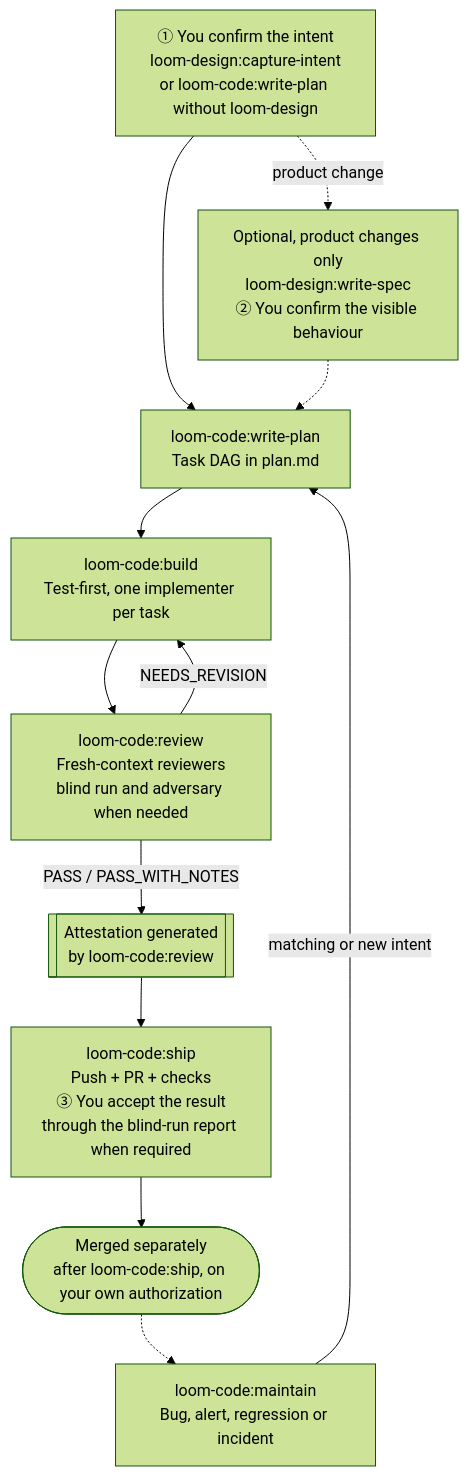
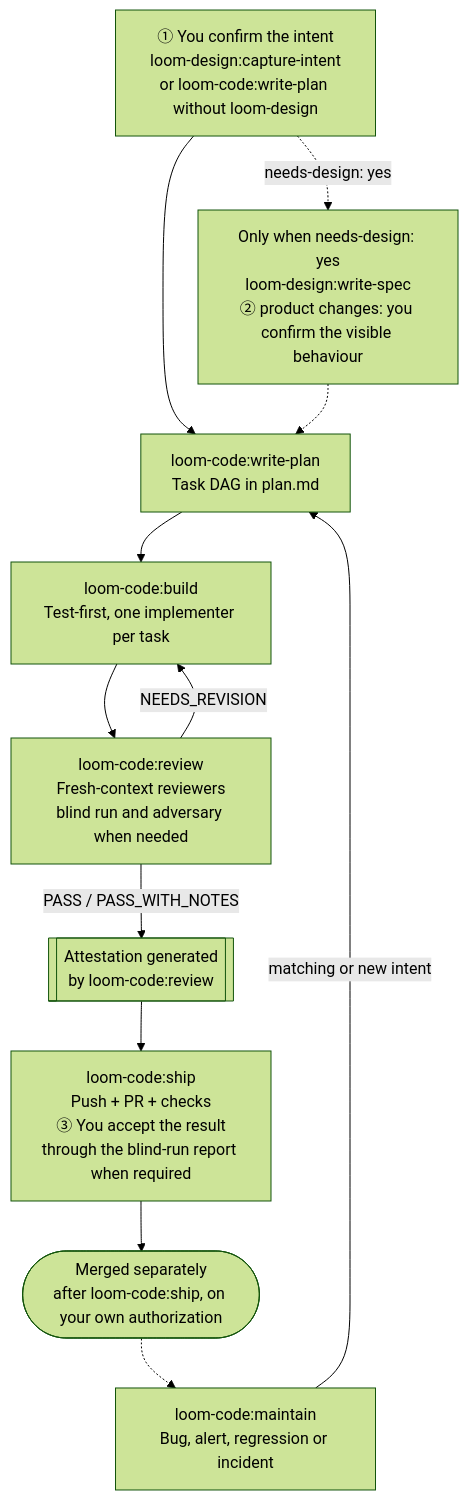
The diagram in loom-code/README.md (kouko/loom-plugins), drawn with Mermaid (forest theme) before and after one commit. The commit also changed other lines of this file and 8 other files, not shown here.

First line of the commit message:
docs(loom): fix spec gating and review nits in plugin READMEs

````diff
--- a/loom-code/README.md
+++ b/loom-code/README.md
@@ -19,24 +19,24 @@
 ```mermaid
 flowchart TD
     intent["① You confirm the intent<br/>loom-design:capture-intent<br/>or loom-code:write-plan without loom-design"]
-    spec["Optional, product changes only<br/>loom-design:write-spec<br/>② You confirm the visible behaviour"]
+    spec["Only when needs-design: yes<br/>loom-design:write-spec<br/>② product changes: you confirm the visible behaviour"]
     plan["loom-code:write-plan<br/>Task DAG in plan.md"]
     build["loom-code:build<br/>Test-first, one implementer per task"]
     review["loom-code:review<br/>Fresh-context reviewers<br/>blind run and adversary when needed"]
     attest[["Attestation generated<br/>by loom-code:review"]]
     ship["loom-code:ship<br/>Push + PR + checks<br/>③ You accept the result<br/>through the blind-run report when required"]
     merged(["Merged separately<br/>after loom-code:ship, on your own authorization"])
     maintain["loom-code:maintain<br/>Bug, alert, regression or incident"]
 
     intent --> plan
-    intent -.->|"product change"| spec
+    intent -.->|"needs-design: yes"| spec
     spec -.-> plan
     plan --> build
     build --> review
     review -->|"NEEDS_REVISION"| build
     review -->|"PASS / PASS_WITH_NOTES"| attest
     attest --> ship
     ship --> merged
     merged -.-> maintain
     maintain -->|"matching or new intent"| plan
 ```
````
